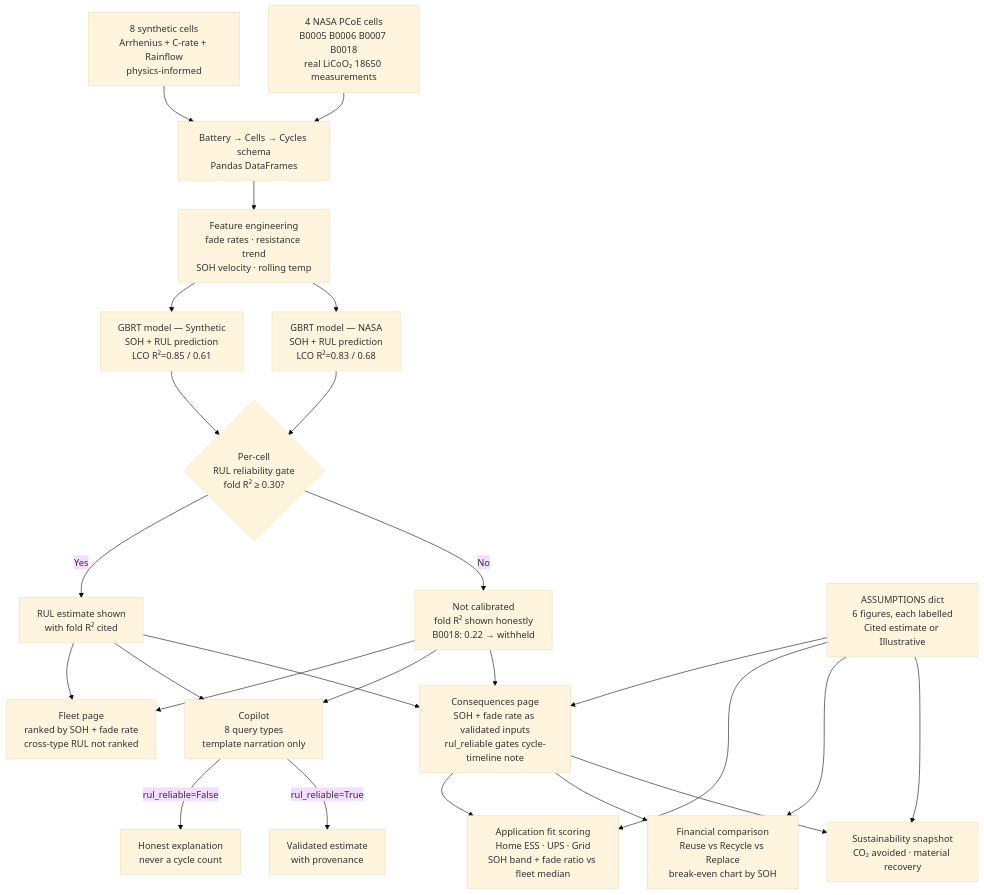
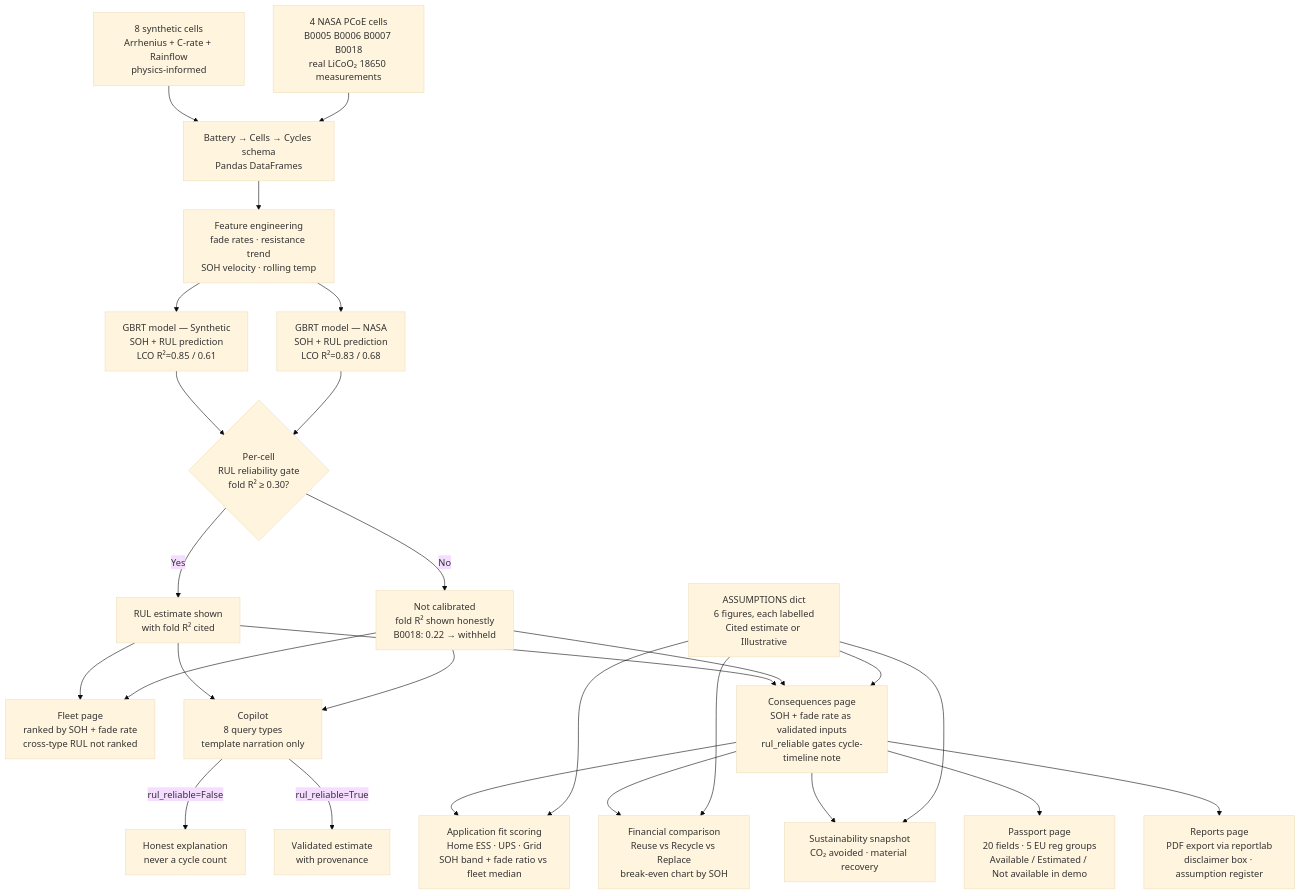
One commit to seyedali1996lb-svg/battery-intelligence-platform changed the diagram in README.md. Above: the diagram before and after it, drawn with Mermaid (base theme). The commit also changed other lines of this file, not shown here.

````diff
--- a/README.md
+++ b/README.md
@@ -46,37 +52,40 @@
 ```mermaid
 flowchart TD
     A1[8 synthetic cells\nArrhenius + C-rate + Rainflow\nphysics-informed] --> S[Battery → Cells → Cycles schema\nPandas DataFrames]
     A2[4 NASA PCoE cells\nB0005 B0006 B0007 B0018\nreal LiCoO₂ 18650 measurements] --> S
 
     S --> F[Feature engineering\nfade rates · resistance trend\nSOH velocity · rolling temp]
 
     F --> M1[GBRT model — Synthetic\nSOH + RUL prediction\nLCO R²=0.85 / 0.61]
     F --> M2[GBRT model — NASA\nSOH + RUL prediction\nLCO R²=0.83 / 0.68]
 
     M1 --> G{Per-cell\nRUL reliability gate\nfold R² ≥ 0.30?}
     M2 --> G
 
     G -->|Yes| RUL[RUL estimate shown\nwith fold R² cited]
     G -->|No| NC[Not calibrated\nfold R² shown honestly\nB0018: 0.22 → withheld]
 
     RUL --> FL[Fleet page\nranked by SOH + fade rate\ncross-type RUL not ranked]
     NC --> FL
 
     RUL --> CP[Copilot\n8 query types\ntemplate narration only]
     NC --> CP
 
     CP -->|rul_reliable=False| H[Honest explanation\nnever a cycle count]
     CP -->|rul_reliable=True| V[Validated estimate\nwith provenance]
 
     RUL --> CN[Consequences page\nSOH + fade rate as validated inputs\nrul_reliable gates cycle-timeline note]
     NC --> CN
 
     CN --> AF[Application fit scoring\nHome ESS · UPS · Grid\nSOH band + fade ratio vs fleet median]
     CN --> FC[Financial comparison\nReuse vs Recycle vs Replace\nbreak-even chart by SOH]
     CN --> SU[Sustainability snapshot\nCO₂ avoided · material recovery]
 
     ASM[ASSUMPTIONS dict\n6 figures, each labelled\nCited estimate or Illustrative] --> CN
     ASM --> AF
     ASM --> FC
     ASM --> SU
+
+    CN --> PP[Passport page\n20 fields · 5 EU reg groups\nAvailable / Estimated / Not available in demo]
+    CN --> RP[Reports page\nPDF export via reportlab\ndisclaimer box · assumption register]
 ```
````
